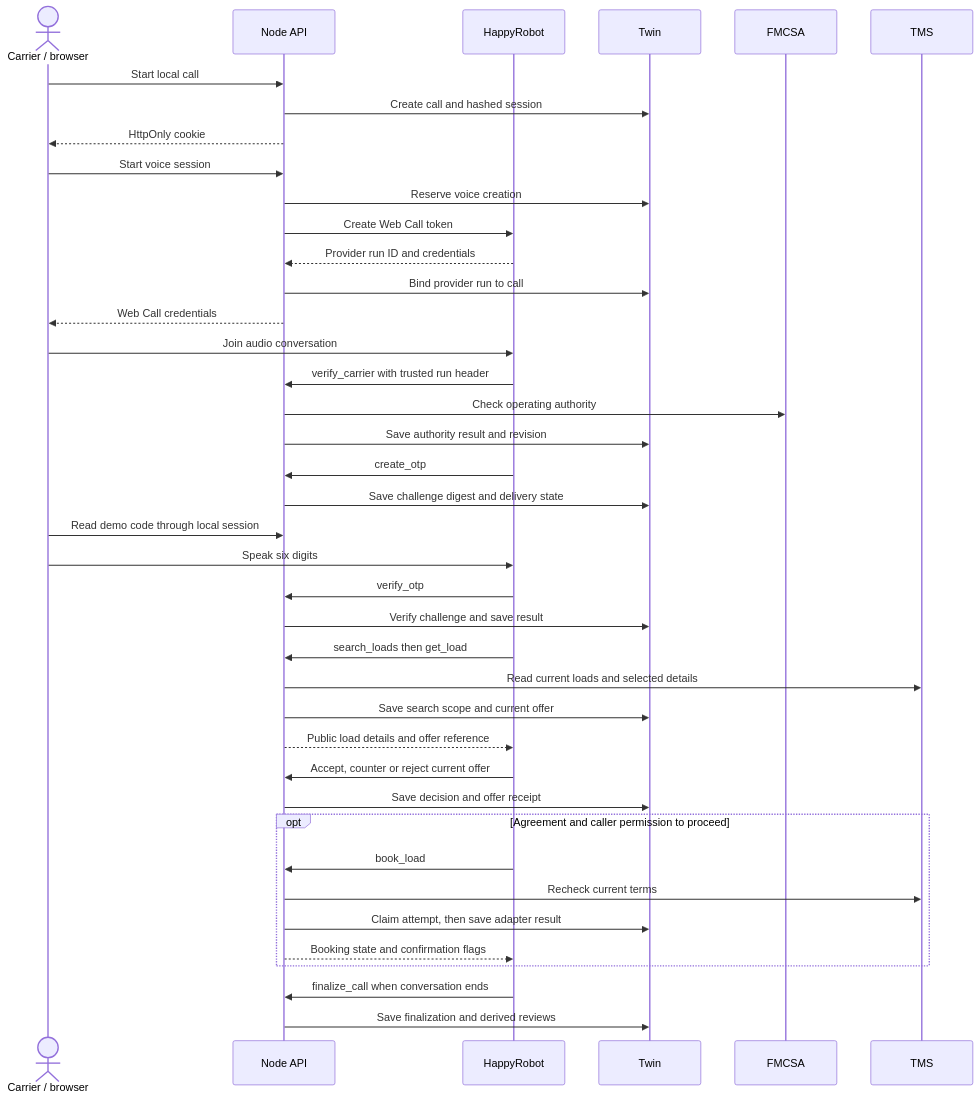
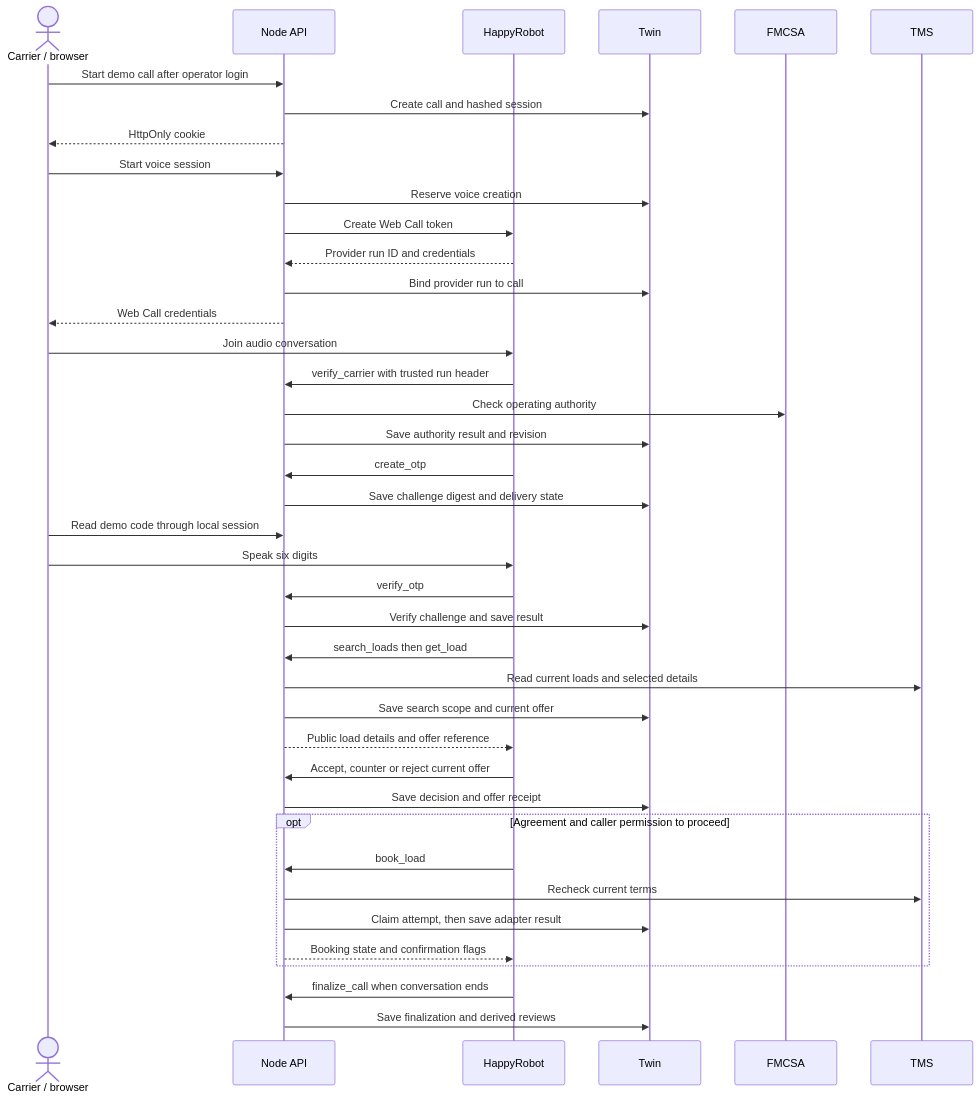
The third of 6 diagrams in docs/architecture.md (chalex-eth/happyrobot-fde), drawn with Mermaid before and after one commit. The commit also changed other lines of this file and 7 other files, not shown here.

````diff
--- a/docs/architecture.md
+++ b/docs/architecture.md
@@ -119,42 +124,42 @@
 ```mermaid
 sequenceDiagram
   actor C as Carrier / browser
   participant API as Node API
   participant HR as HappyRobot
   participant DB as Twin
   participant F as FMCSA
   participant T as TMS
-  C->>API: Start local call
+  C->>API: Start demo call after operator login
   API->>DB: Create call and hashed session
   API-->>C: HttpOnly cookie
   C->>API: Start voice session
   API->>DB: Reserve voice creation
   API->>HR: Create Web Call token
   HR-->>API: Provider run ID and credentials
   API->>DB: Bind provider run to call
   API-->>C: Web Call credentials
   C->>HR: Join audio conversation
   HR->>API: verify_carrier with trusted run header
   API->>F: Check operating authority
   API->>DB: Save authority result and revision
   HR->>API: create_otp
   API->>DB: Save challenge digest and delivery state
   C->>API: Read demo code through local session
   C->>HR: Speak six digits
   HR->>API: verify_otp
   API->>DB: Verify challenge and save result
   HR->>API: search_loads then get_load
   API->>T: Read current loads and selected details
   API->>DB: Save search scope and current offer
   API-->>HR: Public load details and offer reference
   HR->>API: Accept, counter or reject current offer
   API->>DB: Save decision and offer receipt
   opt Agreement and caller permission to proceed
     HR->>API: book_load
     API->>T: Recheck current terms
     API->>DB: Claim attempt, then save adapter result
     API-->>HR: Booking state and confirmation flags
   end
   HR->>API: finalize_call when conversation ends
   API->>DB: Save finalization and derived reviews
 ```
````
